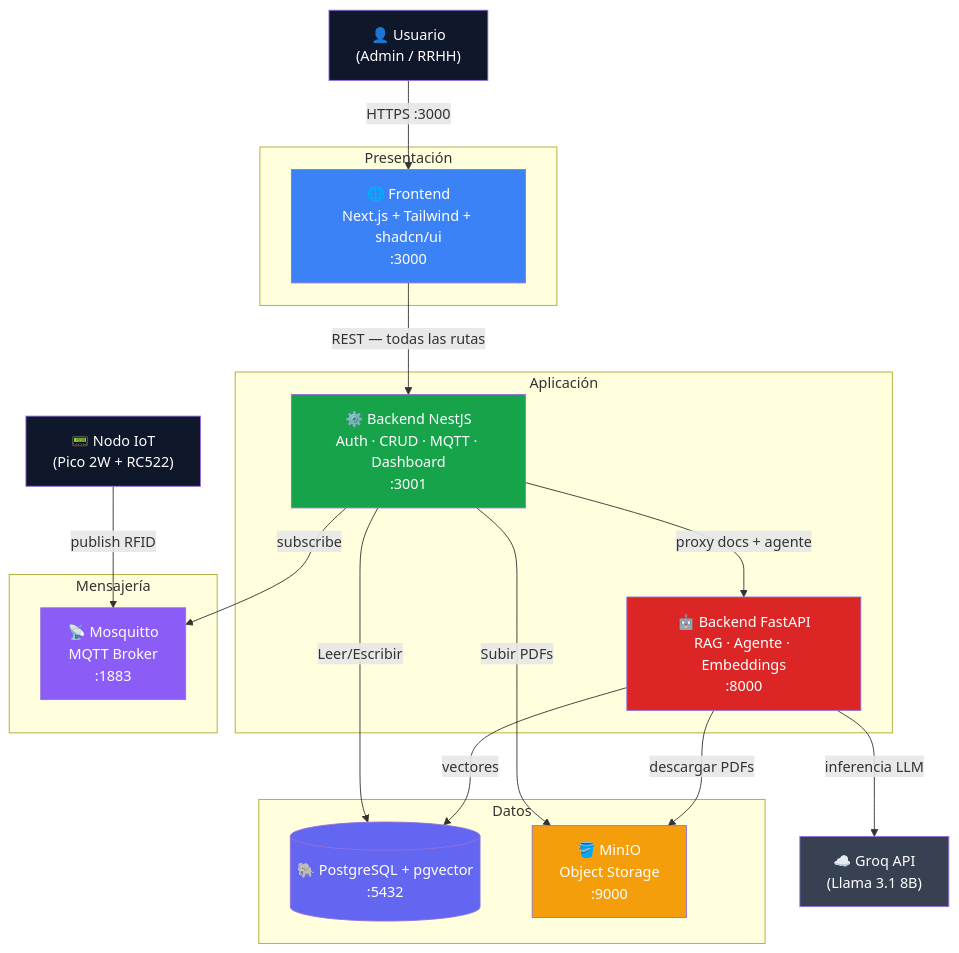
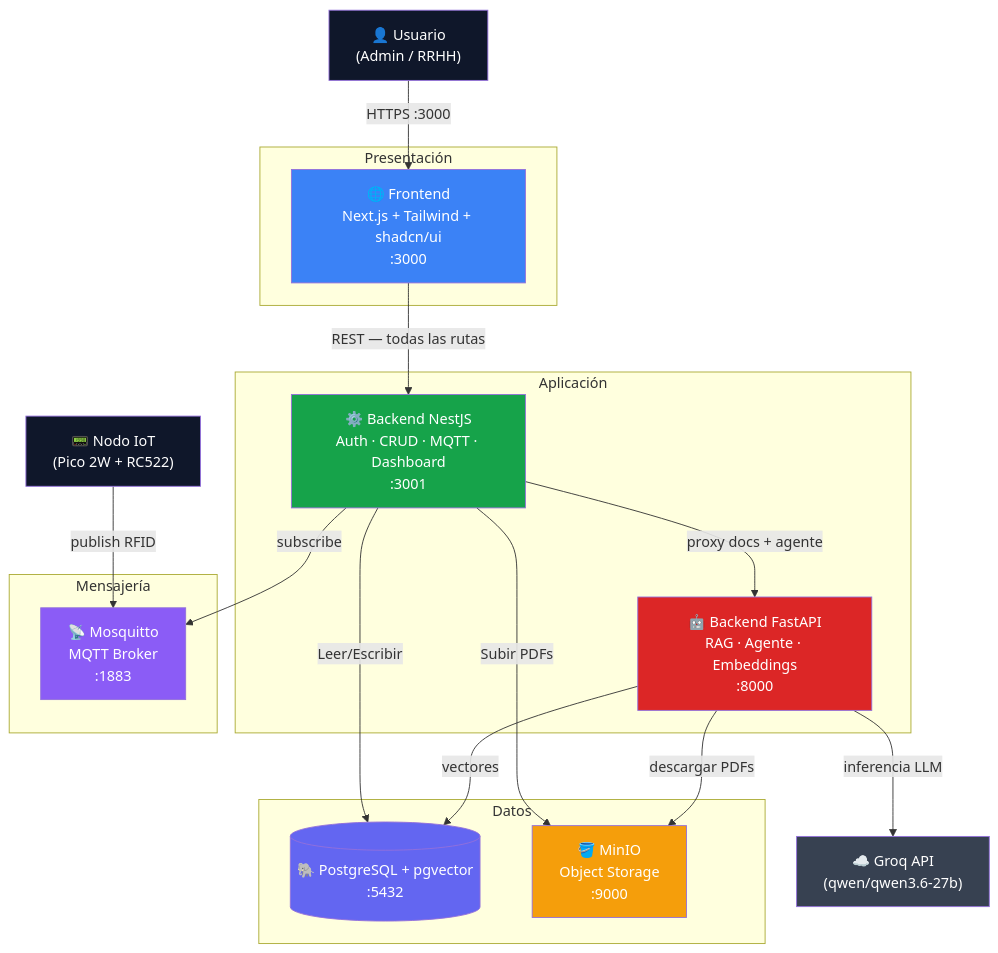
One commit to marianodr/kuaai-intelligent-hrms changed the diagram in docs/architecture/overview.md. Above: the diagram before and after it, drawn with Mermaid. The commit also changed other lines of this file and 6 other files, not shown here.

````diff
--- a/docs/architecture/overview.md
+++ b/docs/architecture/overview.md
@@ -50,45 +50,45 @@
 ```mermaid
 graph TB
     USER["👤 Usuario\n(Admin / RRHH)"]
     IOT["📟 Nodo IoT\n(Pico 2W + RC522)"]
-    GROQ["☁️ Groq API\n(Llama 3.1 8B)"]
+    GROQ["☁️ Groq API\n(qwen/qwen3.6-27b)"]
 
     subgraph PRES ["Presentación"]
         FE["🌐 Frontend\nNext.js + Tailwind + shadcn/ui\n:3000"]
     end
 
     subgraph APP ["Aplicación"]
         NEST["⚙️ Backend NestJS\nAuth · CRUD · MQTT · Dashboard\n:3001"]
         FAPI["🤖 Backend FastAPI\nRAG · Agente · Embeddings\n:8000"]
     end
 
     subgraph MSG ["Mensajería"]
         MQTT["📡 Mosquitto\nMQTT Broker\n:1883"]
     end
 
     subgraph DATA ["Datos"]
         PG[("🐘 PostgreSQL + pgvector\n:5432")]
         MINIO["🪣 MinIO\nObject Storage\n:9000"]
     end
 
     USER  -->|"HTTPS :3000"| FE
     FE    -->|"REST — todas las rutas"| NEST
     NEST  -->|"proxy docs + agente"| FAPI
     NEST  -->|"Leer/Escribir"| PG
     NEST  -->|"Subir PDFs"| MINIO
     NEST  -->|"subscribe"| MQTT
     FAPI  -->|"vectores"| PG
     FAPI  -->|"descargar PDFs"| MINIO
     FAPI  -->|"inferencia LLM"| GROQ
     IOT   -->|"publish RFID"| MQTT
 
     style FE   fill:#3b82f6,color:#fff
     style NEST fill:#16a34a,color:#fff
     style FAPI fill:#dc2626,color:#fff
     style PG   fill:#6366f1,color:#fff
     style MINIO fill:#f59e0b,color:#fff
     style MQTT fill:#8b5cf6,color:#fff
     style USER fill:#0f172a,color:#fff
     style IOT  fill:#0f172a,color:#fff
     style GROQ fill:#374151,color:#fff
 ```
````
